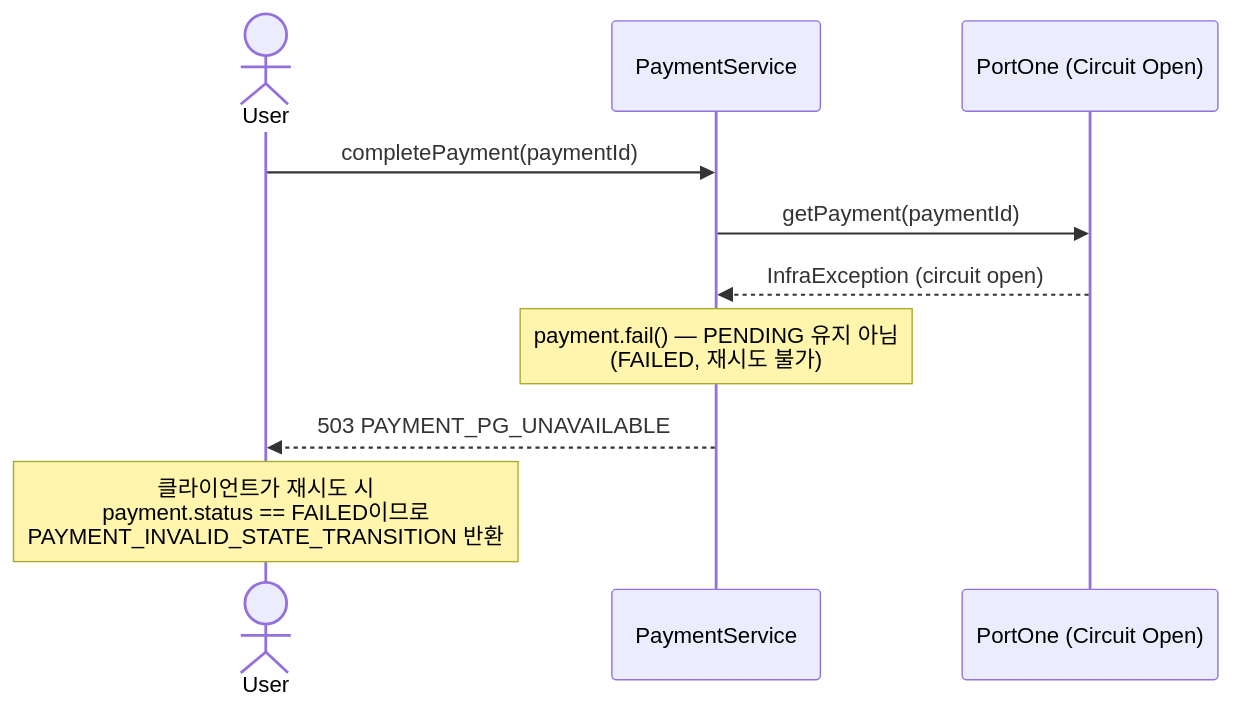
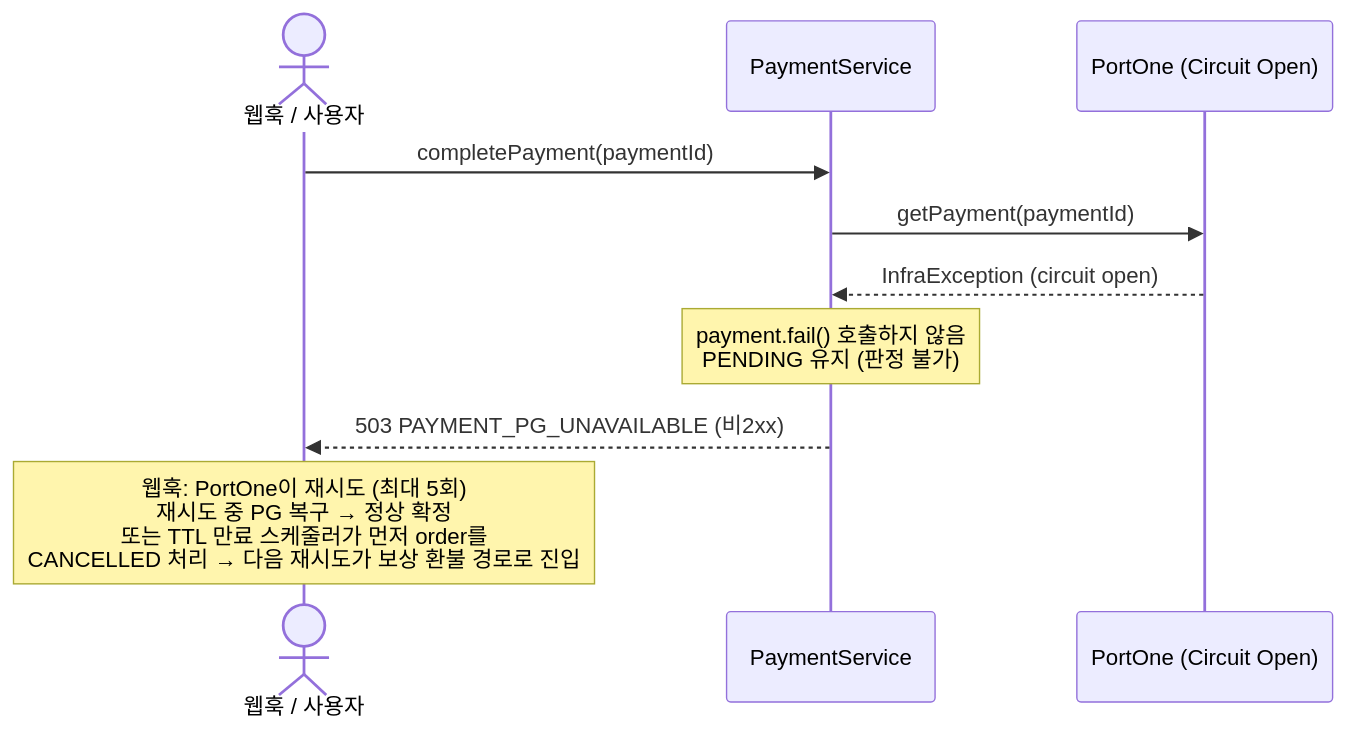
Before and after one commit to hkjbrian/gongu: the seventh of 7 diagrams in docs/adr/결제_주문_PG_상태_전이_분석.md, drawn with Mermaid. The commit also changed other lines of this file, not shown here.

Commit message:
docs: FAILED 상태 의미를 실제 동작에 맞게 정정 (#207)

````diff
--- a/docs/adr/결제_주문_PG_상태_전이_분석.md
+++ b/docs/adr/결제_주문_PG_상태_전이_분석.md
@@ -180,15 +180,15 @@
 ```mermaid
 sequenceDiagram
-    actor User
+    actor Trigger as 웹훅 / 사용자
     participant API as PaymentService
     participant PG as PortOne (Circuit Open)
 
-    User->>API: completePayment(paymentId)
+    Trigger->>API: completePayment(paymentId)
     API->>PG: getPayment(paymentId)
     PG-->>API: InfraException (circuit open)
 
-    Note over API: payment.fail() — PENDING 유지 아님<br/>(FAILED, 재시도 불가)
-    API-->>User: 503 PAYMENT_PG_UNAVAILABLE
+    Note over API: payment.fail() 호출하지 않음<br/>PENDING 유지 (판정 불가)
+    API-->>Trigger: 503 PAYMENT_PG_UNAVAILABLE (비2xx)
 
-    Note over User: 클라이언트가 재시도 시<br/>payment.status == FAILED이므로<br/>PAYMENT_INVALID_STATE_TRANSITION 반환
+    Note over Trigger: 웹훅: PortOne이 재시도 (최대 5회)<br/>재시도 중 PG 복구 → 정상 확정<br/>또는 TTL 만료 스케줄러가 먼저 order를<br/>CANCELLED 처리 → 다음 재시도가 보상 환불 경로로 진입
 ```
````
